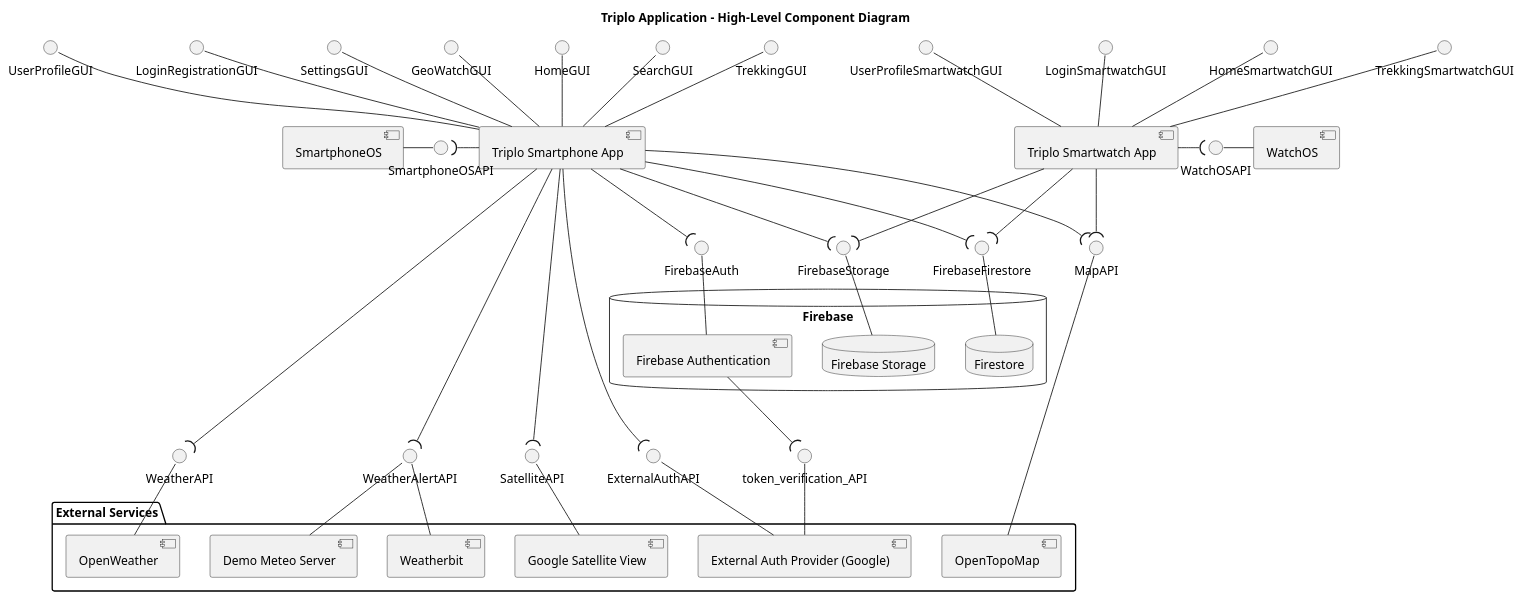
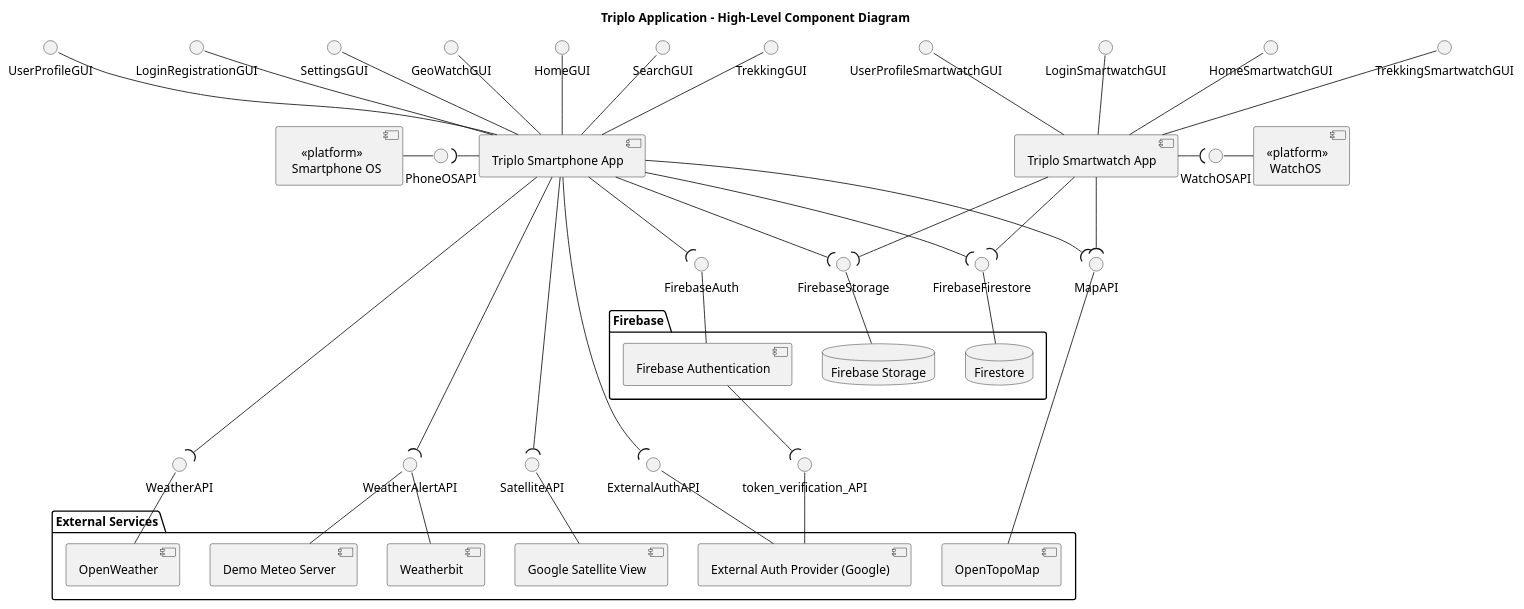
The diagram in documentation/Diagrams/high level component diagram.puml (SofiaTerracciano/Triplo), drawn with PlantUML before and after one commit. The commit also changed 5 other files, not shown here.

Commit message:
improved diagrams

```diff
--- a/documentation/Diagrams/high level component diagram.puml
+++ b/documentation/Diagrams/high level component diagram.puml
@@ -58,7 +58,7 @@
 '========================
 ' Firebase as backend
 '========================
-database "Firebase" as FirebasePkg {
+package "Firebase" as FirebasePkg {
   component "Firebase Authentication" as FirebaseAuth
   database "Firestore" as Firestore
   database "Firebase Storage" as FirebaseStorage
@@ -189,10 +189,10 @@
 
 
 
-component SmartphoneOS
-component WatchOS
+component "    <<platform>>\n Smartphone OS" as SmartphoneOS
+component "<<platform>>\n WatchOS" as WatchOS
 
-interface SmartphoneOSAPI
+interface PhoneOSAPI
 interface WatchOSAPI
 
 
@@ -201,8 +201,8 @@
 
 
 
-SmartphoneApp -left-( SmartphoneOSAPI
-SmartphoneOSAPI -left- SmartphoneOS
+SmartphoneApp -left-( PhoneOSAPI
+PhoneOSAPI -left- SmartphoneOS
 WatchApp -right-( WatchOSAPI
 WatchOSAPI -right- WatchOS
 @enduml
```
